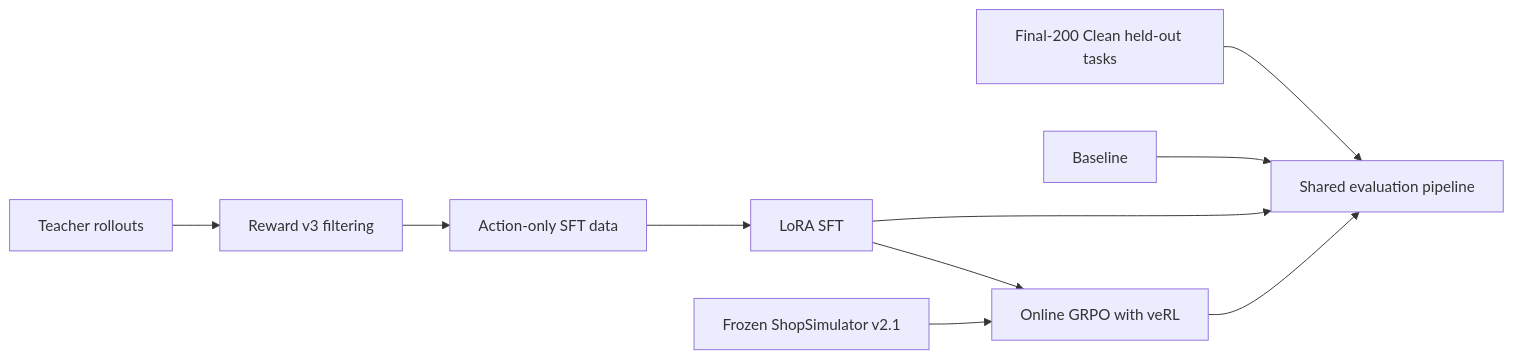
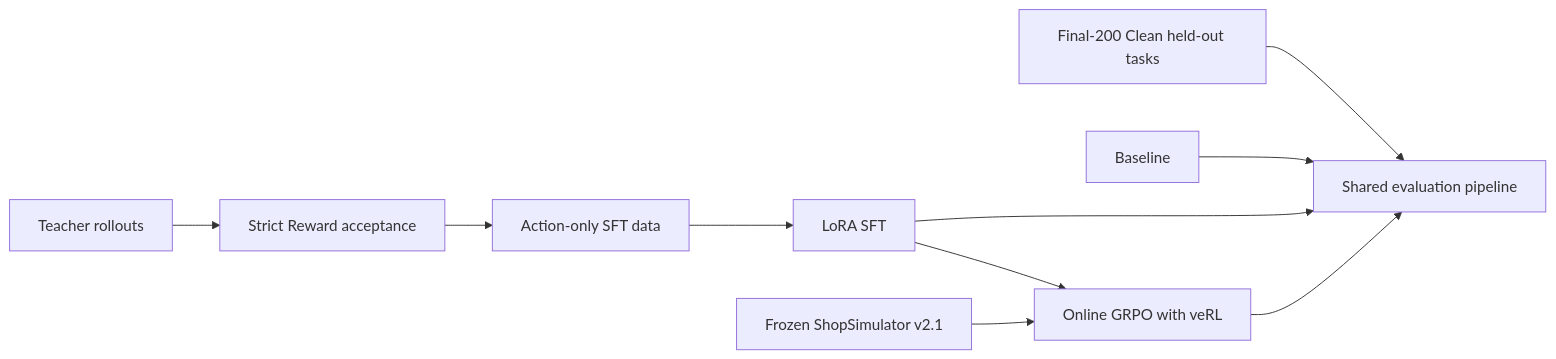
One commit to Heyprion/shopping-grpo-longhorizon changed the first of 2 diagrams in README.en.md. Above: the diagram before and after it, drawn with Mermaid. The commit also changed other lines of this file and 99 other files, not shown here.

First line of the commit message:
feat(data): clean and stratify task pools under Strict Reward

````diff
--- a/README.en.md
+++ b/README.en.md
@@ -59,12 +59,12 @@
 ```mermaid
 flowchart LR
-    A[Teacher rollouts] --> B[Reward v3 filtering]
+    A[Teacher rollouts] --> B[Strict Reward acceptance]
     B --> C[Action-only SFT data]
     C --> D[LoRA SFT]
     D --> E[Online GRPO with veRL]
     F[Frozen ShopSimulator v2.1] --> E
     G[Final-200 Clean held-out tasks] --> H[Shared evaluation pipeline]
     I[Baseline] --> H
     D --> H
     E --> H
 ```
````
